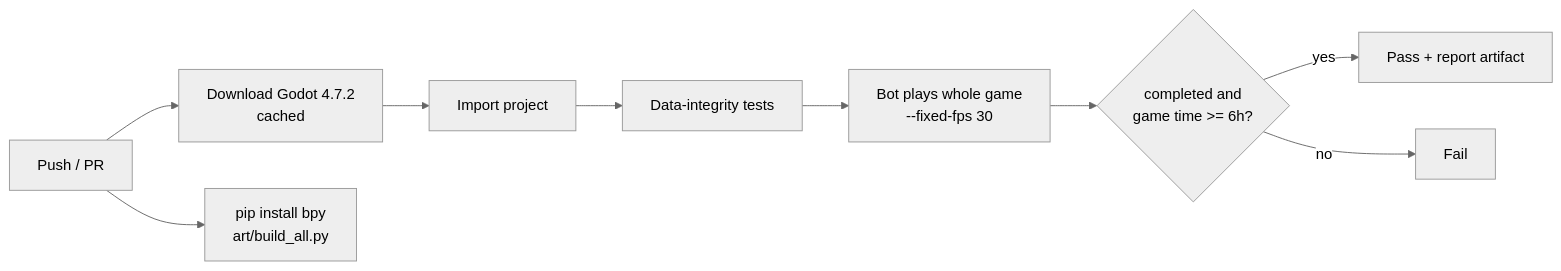
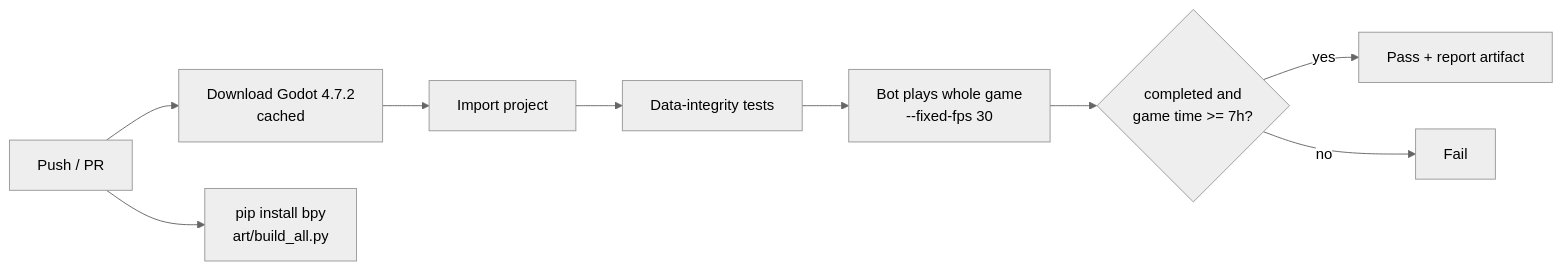
Before and after one commit to jgyy/timegox: diagram 11 of 11 in README.md, drawn with Mermaid (neutral theme). The commit also changed other lines of this file and 43 other files, not shown here.

````diff
--- a/README.md
+++ b/README.md
@@ -447,11 +579,11 @@
 ```mermaid
 flowchart LR
     PR[Push / PR] --> DL[Download Godot 4.7.2<br/>cached]
     DL --> IMP[Import project]
     IMP --> T[Data-integrity tests]
     T --> B[Bot plays whole game<br/>--fixed-fps 30]
-    B --> G{completed and<br/>game time >= 6h?}
+    B --> G{completed and<br/>game time >= 7h?}
     PR --> ART[pip install bpy<br/>art/build_all.py]
     G -- yes --> OK[Pass + report artifact]
     G -- no --> FAIL[Fail]
 ```
````
